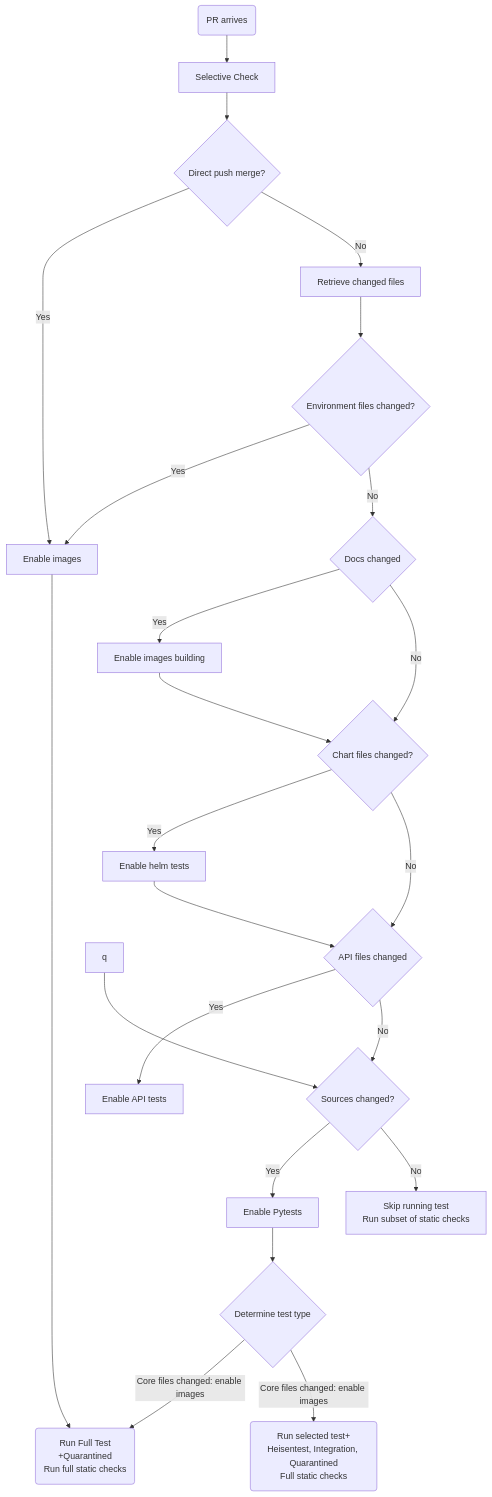
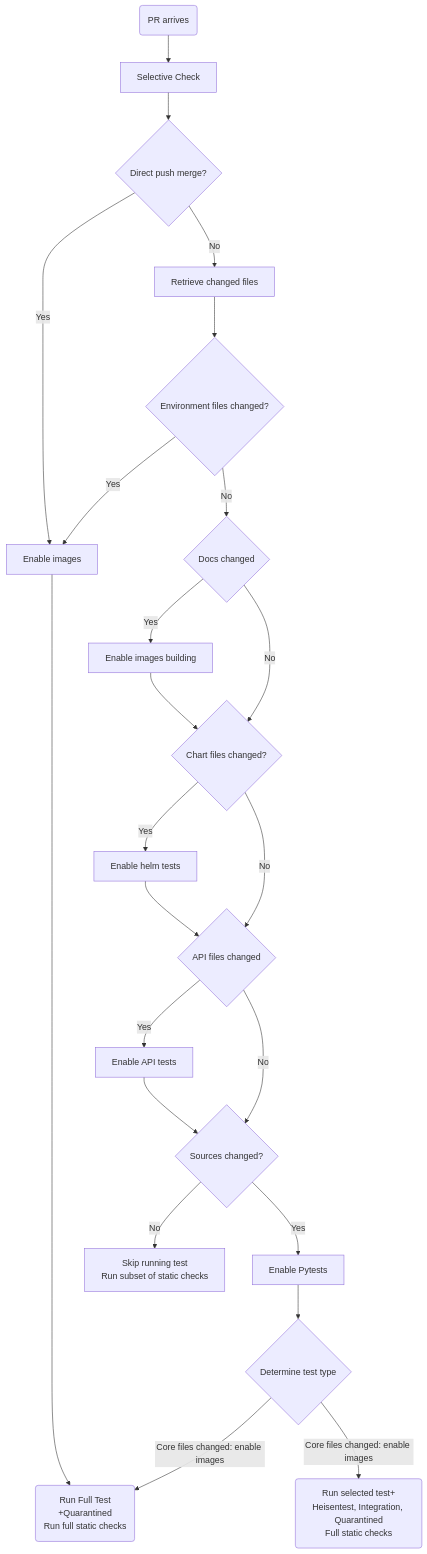
The first of 2 diagrams in README.md (edithturn/golang-training), drawn with Mermaid before and after one commit.

Commit message:
sylish graph

````diff
--- a/README.md
+++ b/README.md
@@ -4,25 +4,25 @@
 ```mermaid
 flowchart TD
 A(PR arrives)-->B[Selective Check]
 B-->C{Direct push merge?}
 C-->|Yes| N[Enable images] 
 N-->D(Run Full Test<br />+Quarantined<br />Run full static checks)
 C-->|No| E[Retrieve changed files]
 E-->F{Environment files changed?}
 F-->|Yes| N
 F-->|No| G{Docs changed}
 G-->|Yes| O[Enable images building]
 O-->I{Chart files changed?}
 G-->|No| I
 I-->|Yes| P[Enable helm tests]
 P-->J{API files changed}
 I-->|No| J
 J-->|Yes| Q[Enable API tests]
-q-->H{Sources changed?}
+Q-->H{Sources changed?}
 J-->|No| H
 H-->|Yes| R[Enable Pytests]
 R--> K{Determine test type}
 K-->|Core files changed: enable images| D
 K-->|Core files changed: enable images| M(Run selected test+<br />Heisentest, Integration, Quarantined<br />Full static checks) 
 H-->|No| L[Skip running test<br />Run subset of static checks]
 ```
````
